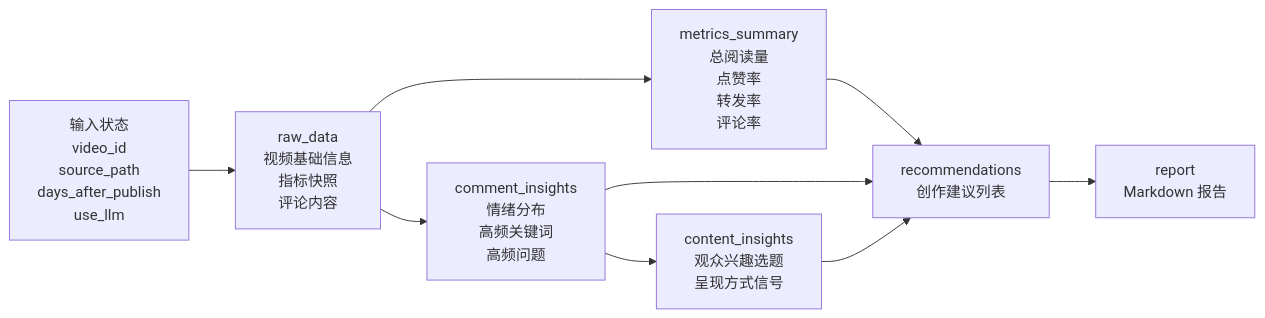
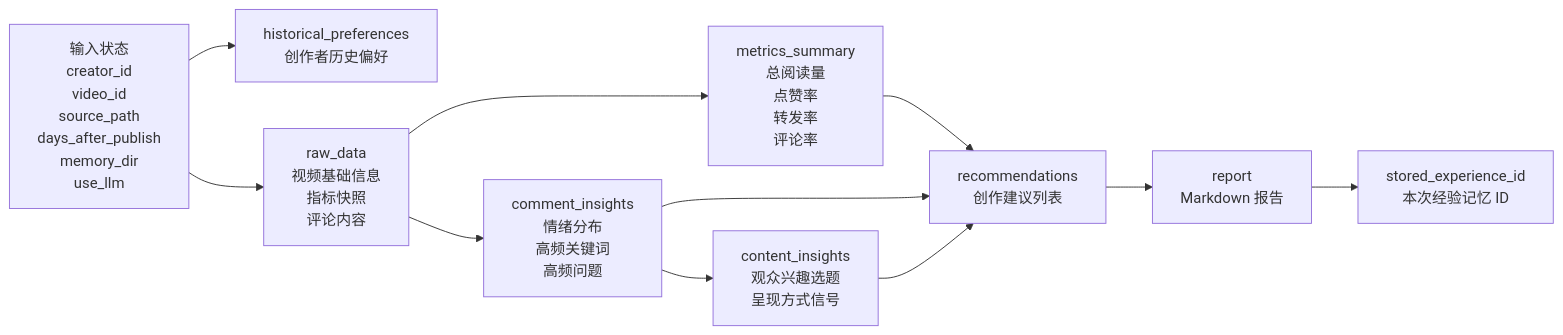
One commit to daviddou2023/creator-assistant-agent changed the second of 2 diagrams in knowledges/langgraph_workflow.md. Above: the diagram before and after it, drawn with Mermaid. The commit also changed other lines of this file and 14 other files, not shown here.

````diff
--- a/knowledges/langgraph_workflow.md
+++ b/knowledges/langgraph_workflow.md
@@ -29,19 +33,23 @@
 ```mermaid
 flowchart LR
-    input[输入状态<br/>video_id<br/>source_path<br/>days_after_publish<br/>use_llm]
+    input[输入状态<br/>creator_id<br/>video_id<br/>source_path<br/>days_after_publish<br/>memory_dir<br/>use_llm]
+    history[historical_preferences<br/>创作者历史偏好]
     raw[raw_data<br/>视频基础信息<br/>指标快照<br/>评论内容]
     metric_state[metrics_summary<br/>总阅读量<br/>点赞率<br/>转发率<br/>评论率]
     comment_state[comment_insights<br/>情绪分布<br/>高频关键词<br/>高频问题]
     content_state[content_insights<br/>观众兴趣选题<br/>呈现方式信号]
     rec_state[recommendations<br/>创作建议列表]
     report_state[report<br/>Markdown 报告]
+    memory_state[stored_experience_id<br/>本次经验记忆 ID]
 
+    input --> history
     input --> raw
     raw --> metric_state
     raw --> comment_state
     comment_state --> content_state
     metric_state --> rec_state
     comment_state --> rec_state
     content_state --> rec_state
     rec_state --> report_state
+    report_state --> memory_state
 ```
````
